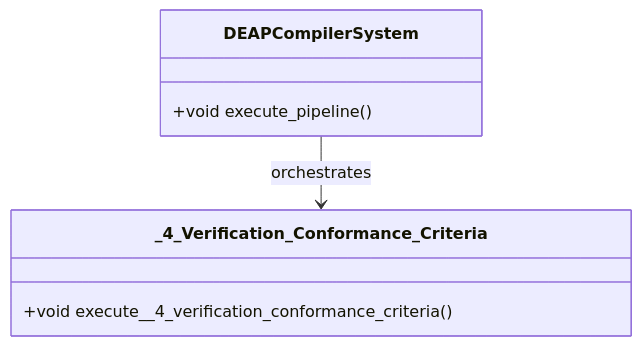
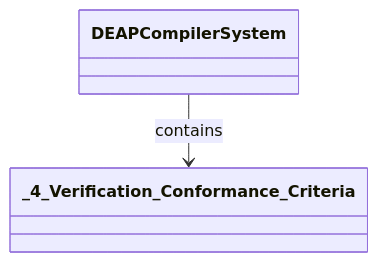
The diagram in docs/features/FEAT-10-_4_Verification_Conformance_Criteria.md (gintatkinson/dumpiler-01), drawn with Mermaid before and after one commit. The commit also changed other lines of this file and 101 other files, not shown here.

````diff
--- a/docs/features/FEAT-10-_4_Verification_Conformance_Criteria.md
+++ b/docs/features/FEAT-10-_4_Verification_Conformance_Criteria.md
@@ -25,10 +29,6 @@
 ```mermaid
 classDiagram
-    class DEAPCompilerSystem {
-        +void execute_pipeline()
-    }
-    class _4_Verification_Conformance_Criteria {
-        +void execute__4_verification_conformance_criteria()
-    }
-    DEAPCompilerSystem --> _4_Verification_Conformance_Criteria : orchestrates
+    class DEAPCompilerSystem
+    class _4_Verification_Conformance_Criteria
+    DEAPCompilerSystem --> _4_Verification_Conformance_Criteria : contains
 ```
````
